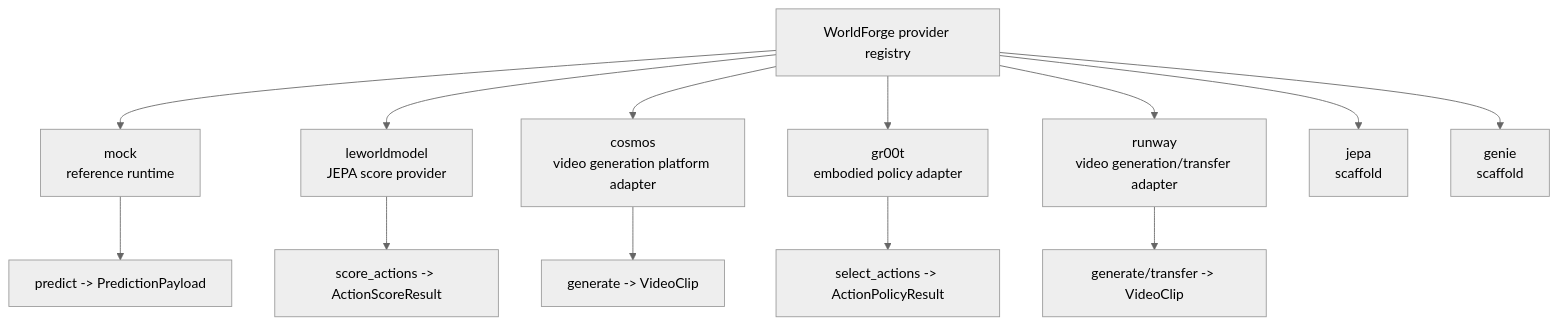
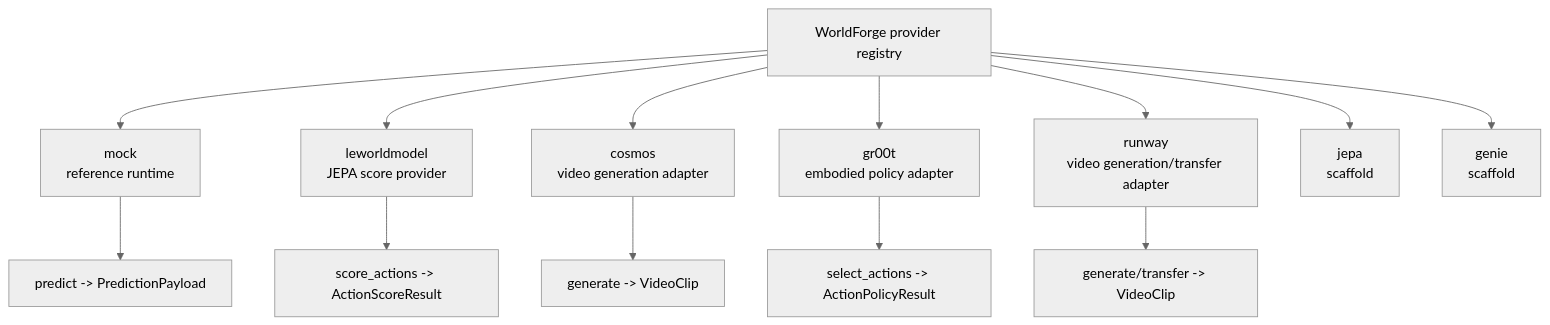
Before and after one commit to omarespejel/worldforge: the second of 2 diagrams in docs/src/world-model-taxonomy.md, drawn with Mermaid (neutral theme). The commit also changed other lines of this file and 11 other files, not shown here.

````diff
--- a/docs/src/world-model-taxonomy.md
+++ b/docs/src/world-model-taxonomy.md
@@ -311,17 +311,17 @@
 ```mermaid
 flowchart TD
     WF[WorldForge provider registry]
     WF --> Mock[mock\nreference runtime]
     WF --> LeWM[leworldmodel\nJEPA score provider]
-    WF --> Cosmos[cosmos\nvideo generation platform adapter]
+    WF --> Cosmos[cosmos\nvideo generation adapter]
     WF --> Groot[gr00t\nembodied policy adapter]
     WF --> Runway[runway\nvideo generation/transfer adapter]
     WF --> JEPA[jepa\nscaffold]
     WF --> Genie[genie\nscaffold]
 
     LeWM --> Score[score_actions -> ActionScoreResult]
     Cosmos --> Generate[generate -> VideoClip]
     Groot --> Policy[select_actions -> ActionPolicyResult]
     Runway --> Transfer[generate/transfer -> VideoClip]
     Mock --> Predict[predict -> PredictionPayload]
 ```
````
